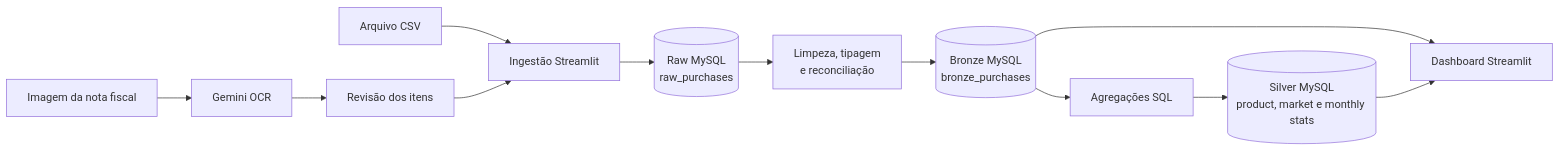
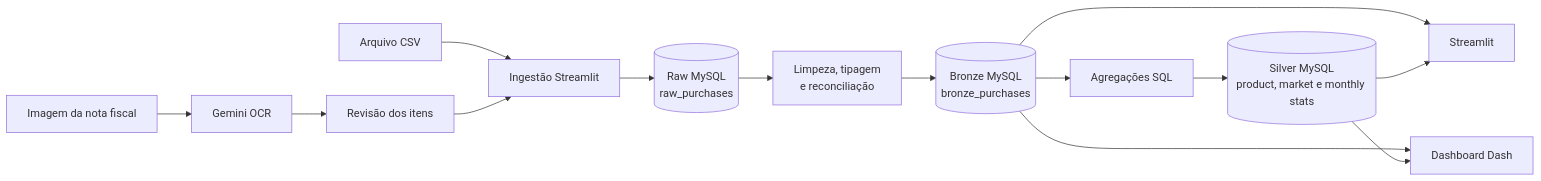
Before and after one commit to rvanguita/personal-shopping-list: the diagram in README.md, drawn with Mermaid. The commit also changed other lines of this file and 39 other files, not shown here.

````diff
--- a/README.md
+++ b/README.md
@@ -27,15 +33,17 @@
 ```mermaid
 flowchart LR
     receipt[Imagem da nota fiscal] --> gemini[Gemini OCR]
     csv[Arquivo CSV] --> ingestion[Ingestão Streamlit]
     gemini --> review[Revisão dos itens]
     review --> ingestion
 
     ingestion --> raw[(Raw MySQL\nraw_purchases)]
     raw --> normalize[Limpeza, tipagem\ne reconciliação]
     normalize --> bronze[(Bronze MySQL\nbronze_purchases)]
     bronze --> aggregate[Agregações SQL]
     aggregate --> silver[(Silver MySQL\nproduct, market e monthly stats)]
-    bronze --> dashboard[Dashboard Streamlit]
+    bronze --> dashboard[Streamlit]
     silver --> dashboard
+    bronze --> dash[Dashboard Dash]
+    silver --> dash
 ```
````
